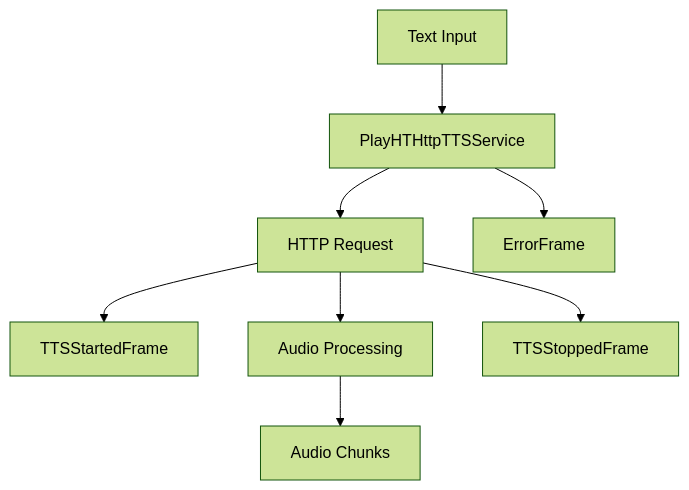
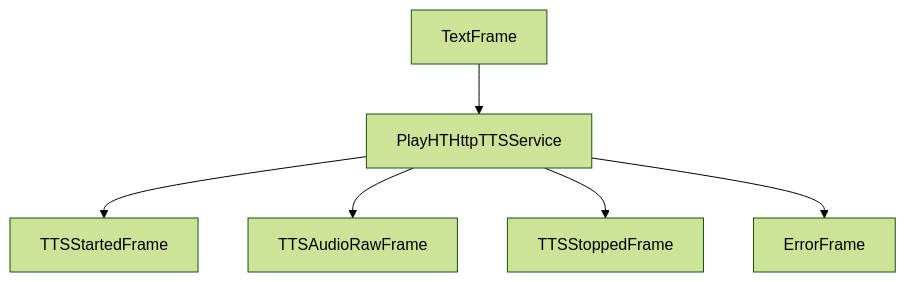
One commit to pipecat-ai/docs changed the second of 2 diagrams in api-reference/services/tts/playht.mdx. Above: the diagram before and after it, drawn with Mermaid (forest theme). The commit also changed other lines of this file and 25 other files, not shown here.

Commit message:
Clean up Frame Flow diagrams

````diff
--- a/api-reference/services/tts/playht.mdx
+++ b/api-reference/services/tts/playht.mdx
@@ -215,10 +214,8 @@
 ```mermaid
 graph TD
-    A[Text Input] --> B[PlayHTHttpTTSService]
-    B --> C[HTTP Request]
-    C --> D[TTSStartedFrame]
-    C --> E[Audio Processing]
-    E --> F[Audio Chunks]
-    C --> G[TTSStoppedFrame]
+    A[TextFrame] --> B[PlayHTHttpTTSService]
+    B --> D[TTSStartedFrame]
+    B --> F[TTSAudioRawFrame]
+    B --> G[TTSStoppedFrame]
     B --> H[ErrorFrame]
 ```
````
